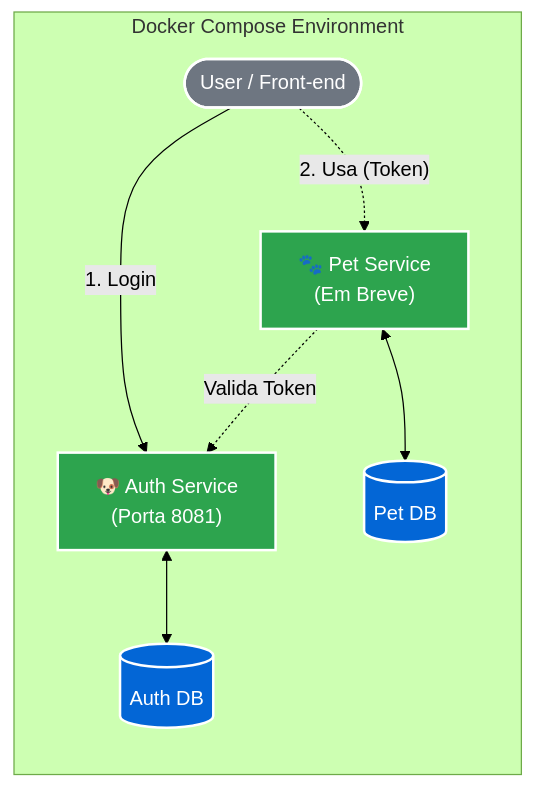
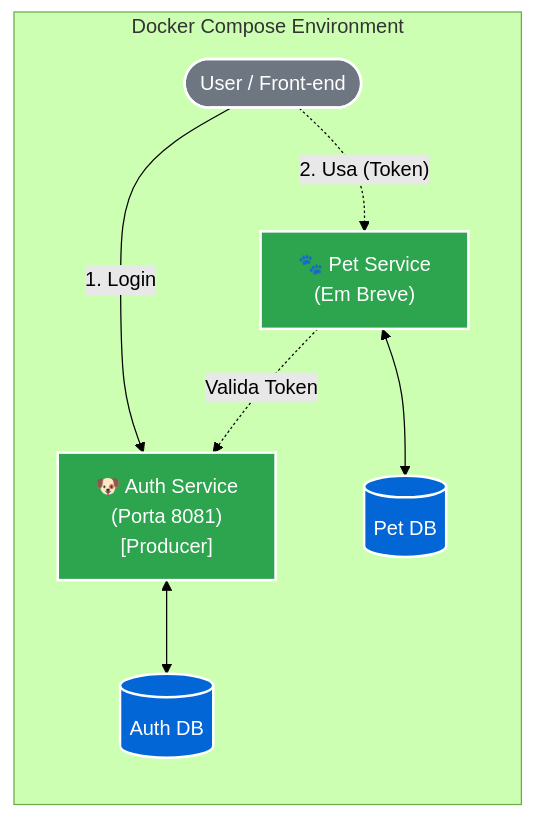
Before and after one commit to iXDGabrielTK/petshop-microservices: the diagram in README.md, drawn with Mermaid (forest theme). The commit also changed other lines of this file and 16 other files, not shown here.

First line of the commit message:
feat(arch): migrate password recovery to event-driven architecture via RabbitMQ

````diff
--- a/README.md
+++ b/README.md
@@ -18,38 +19,38 @@
 ```mermaid
 
 graph LR
     User(["User / Front-end"])
     
     subgraph Docker["Docker Compose Environment"]
         direction TB
         
         %% Serviços
-        Auth["🐶 Auth Service<br/>(Porta 8081)"]
+        Auth["🐶 Auth Service<br/>(Porta 8081)<br/>[Producer]"]
         Pet["🐾 Pet Service<br/>(Em Breve)"]
         
         %% Bancos de Dados
         AuthDB[("Auth DB")]
         PetDB[("Pet DB")]
         
         %% Fluxos do Usuário (Esquerda p/ Direita)
         User -->|"1. Login"| Auth
         User -.->|"2. Usa (Token)"| Pet
         
         %% Persistência (Serviço p/ Banco)
         Auth <--> AuthDB
         Pet <--> PetDB
         
         %% Comunicação Interna (Pet chama Auth)
         Pet -.->|"Valida Token"| Auth
     end
 
     %% Estilização (Cores do GitHub)
     classDef service fill:#2da44e,stroke:#fff,stroke-width:2px,color:white;
     classDef db fill:#0366d6,stroke:#fff,stroke-width:2px,color:white;
     classDef user fill:#6e7681,stroke:#fff,stroke-width:2px,color:white;
     
     class Auth,Pet service;
     class AuthDB,PetDB db;
     class User user;
     
 ```
````
